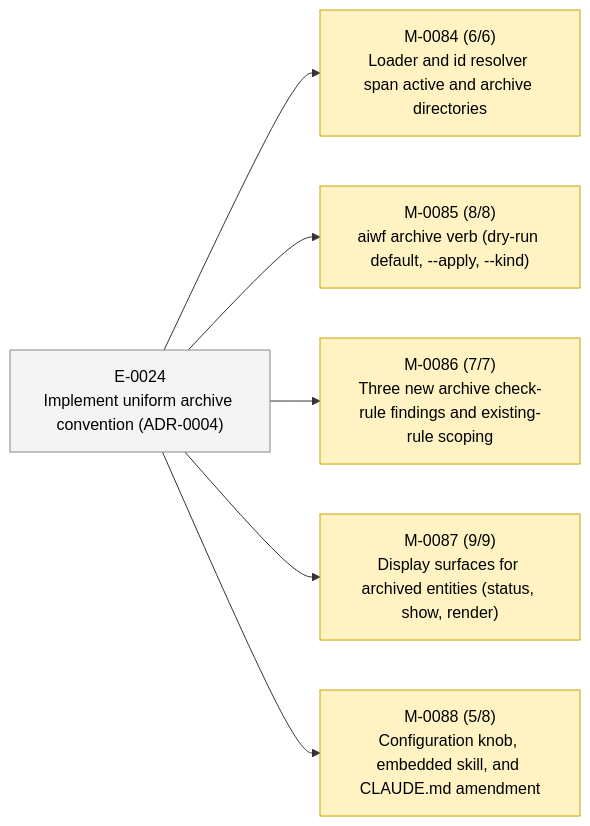
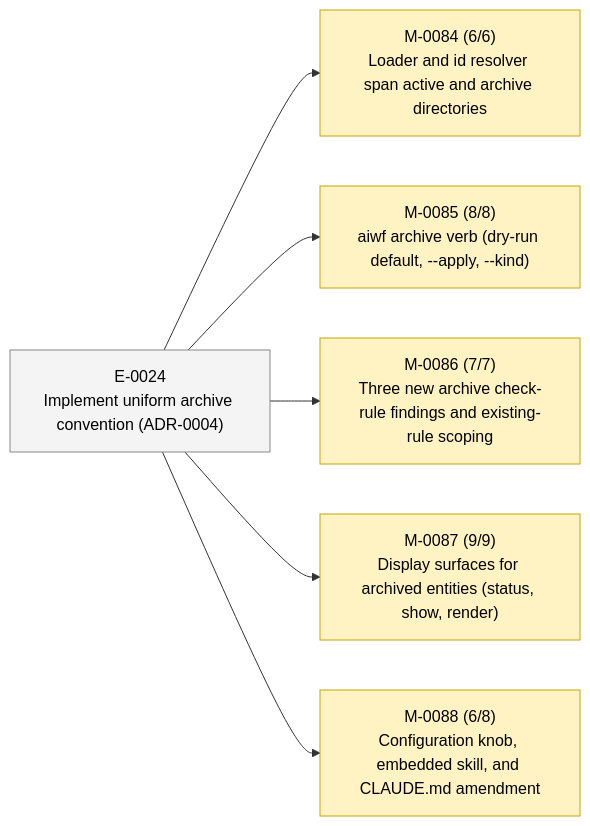
Before and after one commit to 23min/aiwf: the second of 2 diagrams in STATUS.md, drawn with Mermaid. The commit also changed other lines of this file and 1 other file, not shown here.

````diff
--- a/STATUS.md
+++ b/STATUS.md
@@ -49,20 +49,20 @@
 ```mermaid
 flowchart LR
   E_0024["E-0024<br/>Implement uniform archive convention (ADR-0004)"]:::epic_proposed
   M_0084["M-0084 (6/6)<br/>Loader and id resolver span active and archive directories"]:::ms_in_progress
   E_0024 --> M_0084
   M_0085["M-0085 (8/8)<br/>aiwf archive verb (dry-run default, --apply, --kind)"]:::ms_in_progress
   E_0024 --> M_0085
   M_0086["M-0086 (7/7)<br/>Three new archive check-rule findings and existing-rule scoping"]:::ms_in_progress
   E_0024 --> M_0086
   M_0087["M-0087 (9/9)<br/>Display surfaces for archived entities (status, show, render)"]:::ms_in_progress
   E_0024 --> M_0087
-  M_0088["M-0088 (5/8)<br/>Configuration knob, embedded skill, and CLAUDE.md amendment"]:::ms_in_progress
+  M_0088["M-0088 (6/8)<br/>Configuration knob, embedded skill, and CLAUDE.md amendment"]:::ms_in_progress
   E_0024 --> M_0088
   classDef epic_active fill:#d6eaff,stroke:#1a73e8,color:#000
   classDef epic_proposed fill:#f4f4f4,stroke:#888,color:#000
   classDef ms_done fill:#d8f5d8,stroke:#2a8a2a,color:#000
   classDef ms_in_progress fill:#fff3c4,stroke:#caa400,color:#000
   classDef ms_draft fill:#f4f4f4,stroke:#888,color:#000
   classDef ms_cancelled fill:#fbeaea,stroke:#c33,color:#000
 ```
````
